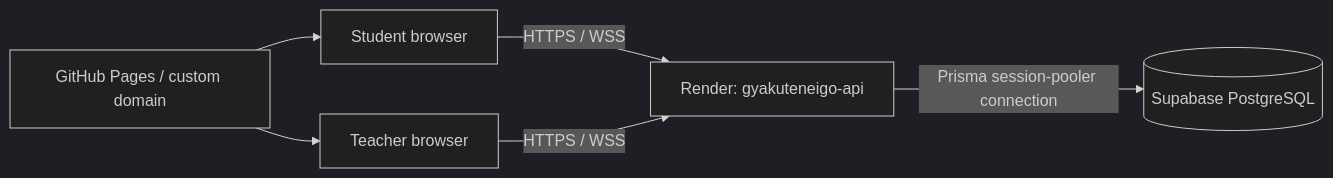
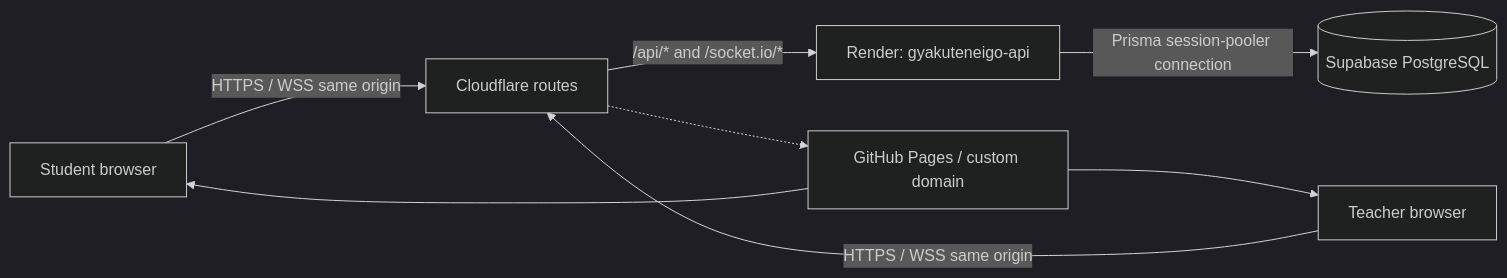
The diagram in docs/online-play.md (susume/GyakutenEigo), drawn with Mermaid (dark theme) before and after one commit. The commit also changed other lines of this file and 29 other files, not shown here.

````diff
--- a/docs/online-play.md
+++ b/docs/online-play.md
@@ -13,8 +13,10 @@
 ```mermaid
 flowchart LR
-  Student[Student browser] -->|HTTPS / WSS| API[Render: gyakuteneigo-api]
-  Teacher[Teacher browser] -->|HTTPS / WSS| API
+  Student[Student browser] -->|HTTPS / WSS same origin| Edge[Cloudflare routes]
+  Teacher[Teacher browser] -->|HTTPS / WSS same origin| Edge
+  Edge -->|/api/* and /socket.io/*| API[Render: gyakuteneigo-api]
   Pages[GitHub Pages / custom domain] --> Student
   Pages --> Teacher
+  Edge -.-> Pages
   API -->|Prisma session-pooler connection| DB[(Supabase PostgreSQL)]
 ```
````
